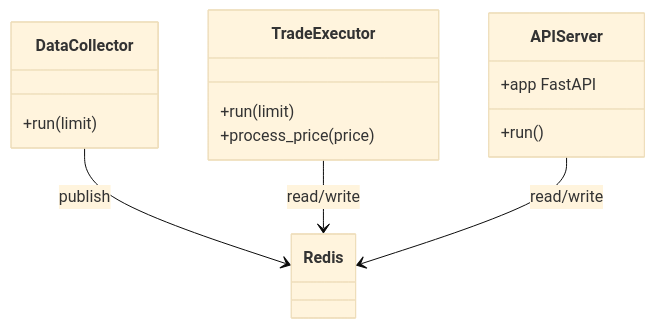
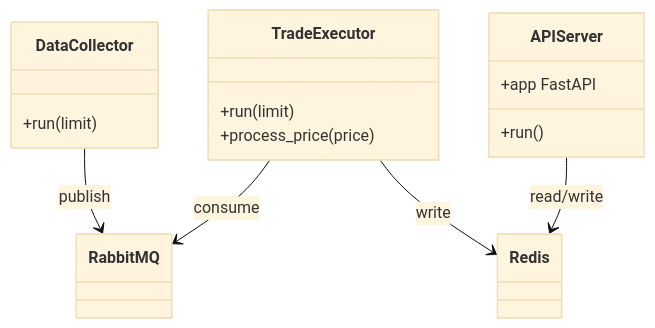
Before and after one commit to tjqjaqhd/sigma-x: the diagram in docs/1_architecture/class_diagram.mmd, drawn with Mermaid (base theme). The commit also changed other lines of this file and 12 other files, not shown here.

````diff
--- a/docs/1_architecture/class_diagram.mmd
+++ b/docs/1_architecture/class_diagram.mmd
@@ -1,20 +1,23 @@
 ```mermaid
 classDiagram
     class DataCollector {
         +run(limit)
     }
     class TradeExecutor {
         +run(limit)
         +process_price(price)
     }
     class APIServer {
         +app FastAPI
         +run()
     }
     class Redis {
     }
+    class RabbitMQ {
+    }
 
-    DataCollector --> Redis : publish
-    TradeExecutor --> Redis : read/write
+    DataCollector --> RabbitMQ : publish
+    TradeExecutor --> RabbitMQ : consume
+    TradeExecutor --> Redis : write
     APIServer --> Redis : read/write
 ```
````
